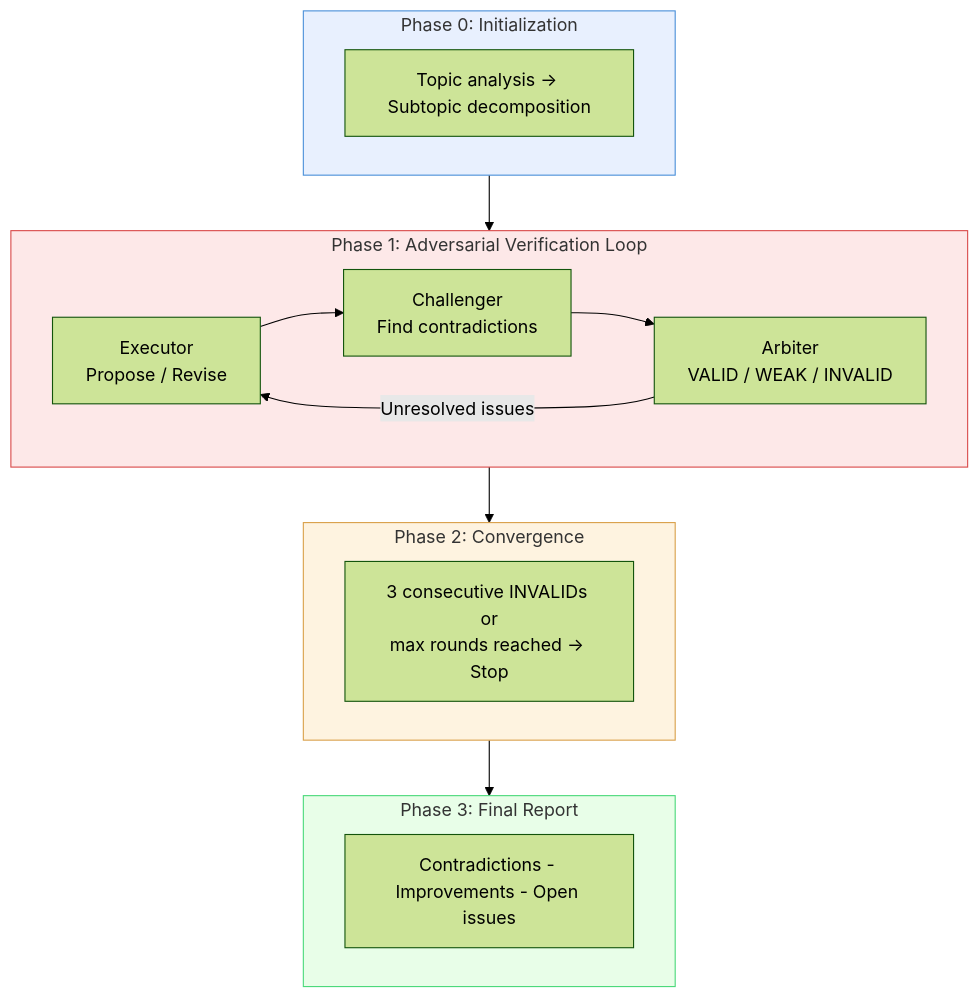
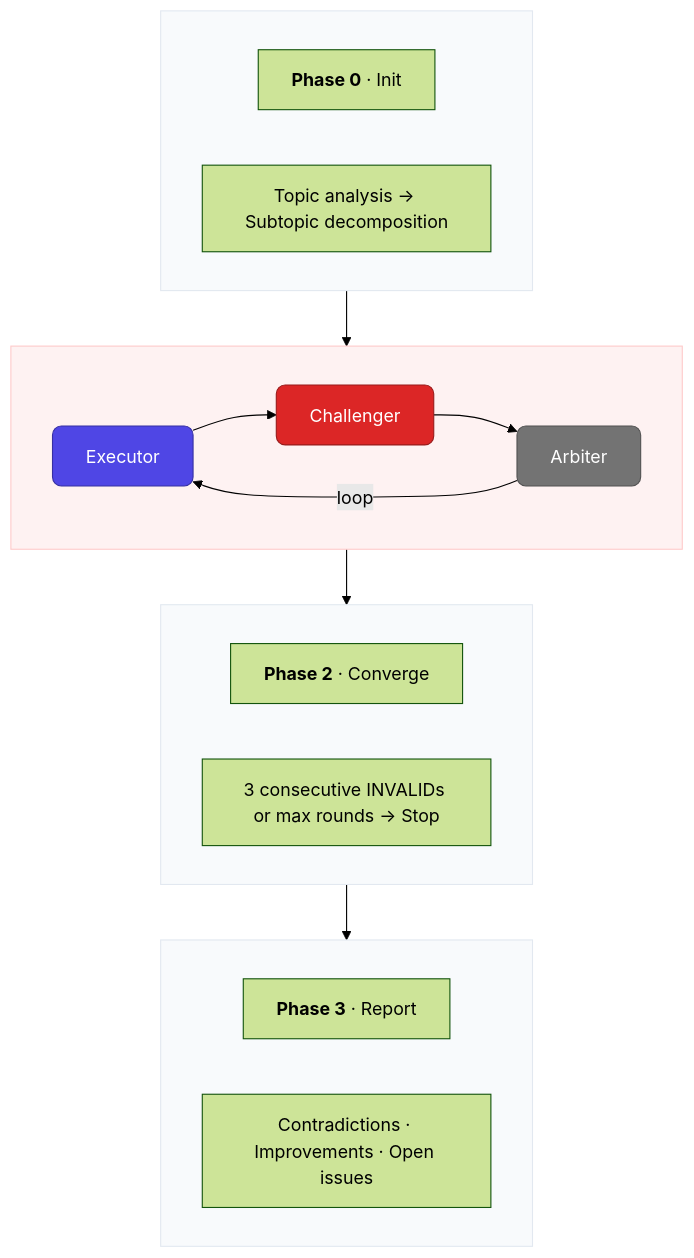
Before and after one commit to cho1124/multi-agent-adversarial-verification: the second of 2 diagrams in README.en.md, drawn with Mermaid (forest theme). The commit also changed other lines of this file and 1 other file, not shown here.

Commit message:
style: README 디자인 세련화 — 이모지 제거, 뮤트톤 팔레트, flat-square 배지
- Mermaid 노드에서 이모지 전부 제거
- 원색 → 뮤트톤 컬러 팔레트 (indigo/red/gray/green)
- 배지 flat-square + 브랜드 로고 (Anthropic, OpenAI, Google)
- Phase 다이어그램 간결화
- 링크 스타일 통일 (slate gray, 1.5px)

````diff
--- a/README.en.md
+++ b/README.en.md
@@ -51,30 +56,39 @@
 ```mermaid
 flowchart TB
-    subgraph Phase0["Phase 0: Initialization"]
-        P0["Topic analysis -> Subtopic decomposition"]
+    subgraph P0 [" "]
+        direction LR
+        p0_title["<b>Phase 0</b> · Init"]
+        p0_desc["Topic analysis → Subtopic decomposition"]
     end
 
-    subgraph Phase1["Phase 1: Adversarial Verification Loop"]
+    subgraph P1 [" "]
         direction LR
-        EX["Executor<br/>Propose / Revise"] --> CH["Challenger<br/>Find contradictions"]
-        CH --> AR["Arbiter<br/>VALID / WEAK / INVALID"]
-        AR -->|"Unresolved issues"| EX
+        EX["Executor"] --> CH["Challenger"]
+        CH --> AR["Arbiter"]
+        AR -->|loop| EX
     end
 
-    subgraph Phase2["Phase 2: Convergence"]
-        P2["3 consecutive INVALIDs or<br/>max rounds reached -> Stop"]
+    subgraph P2 [" "]
+        direction LR
+        p2_title["<b>Phase 2</b> · Converge"]
+        p2_desc["3 consecutive INVALIDs or max rounds → Stop"]
     end
 
-    subgraph Phase3["Phase 3: Final Report"]
-        P3["Contradictions - Improvements - Open issues"]
+    subgraph P3 [" "]
+        direction LR
+        p3_title["<b>Phase 3</b> · Report"]
+        p3_desc["Contradictions · Improvements · Open issues"]
     end
 
-    Phase0 --> Phase1
-    Phase1 --> Phase2
-    Phase2 --> Phase3
+    P0 --> P1
+    P1 --> P2
+    P2 --> P3
 
-    style Phase0 fill:#E8F0FE,stroke:#4A90D9
-    style Phase1 fill:#FDE8E8,stroke:#D94A4A
-    style Phase2 fill:#FEF3E0,stroke:#D9A04A
-    style Phase3 fill:#E8FEE8,stroke:#4AD97A
+    style P0 fill:#f8fafc,stroke:#e2e8f0,color:#334155
+    style P1 fill:#fef2f2,stroke:#fecaca,color:#334155
+    style P2 fill:#f8fafc,stroke:#e2e8f0,color:#334155
+    style P3 fill:#f8fafc,stroke:#e2e8f0,color:#334155
+    style EX fill:#4f46e5,stroke:#3730a3,color:#fff,rx:8
+    style CH fill:#dc2626,stroke:#991b1b,color:#fff,rx:8
+    style AR fill:#737373,stroke:#525252,color:#fff,rx:8
 ```
````
